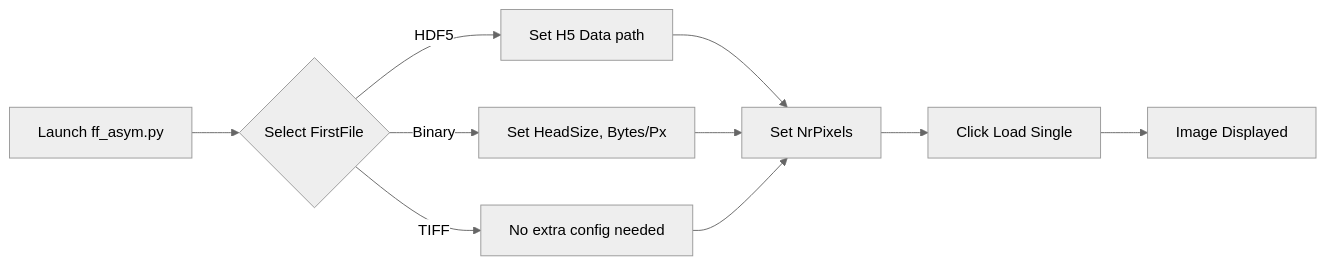
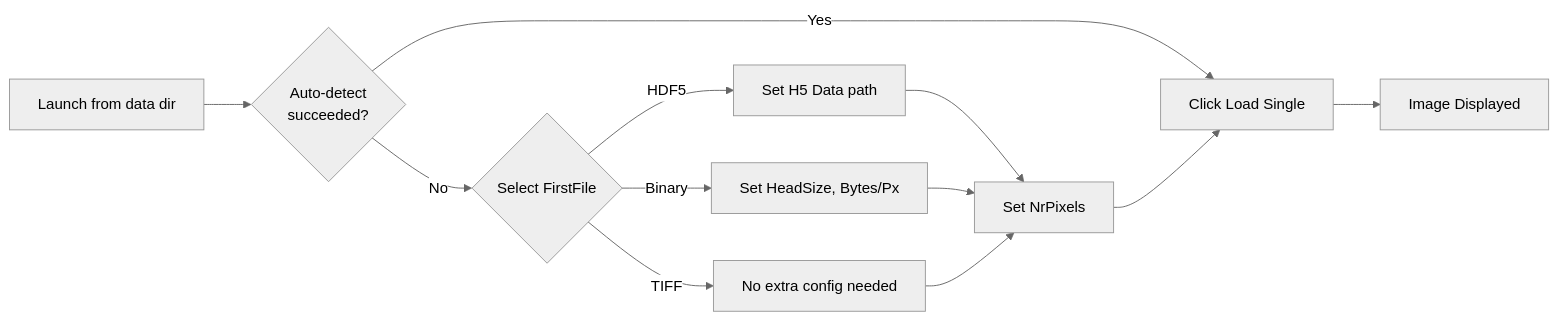
The second of 3 diagrams in manuals/FF_visualization.md (marinerhemant/MIDAS), drawn with Mermaid (neutral theme) before and after one commit. The commit also changed other lines of this file and 1 other file, not shown here.

````diff
--- a/manuals/FF_visualization.md
+++ b/manuals/FF_visualization.md
@@ -114,12 +160,14 @@
 ```mermaid
 flowchart LR
-    A["Launch ff_asym.py"] --> B{"Select FirstFile"}
+    A["Launch from data dir"] --> AUTO{"Auto-detect\nsucceeded?"}
+    AUTO --> |"Yes"| G["Click Load Single"]
+    AUTO --> |"No"| B{"Select FirstFile"}
     B --> |"HDF5"| C["Set H5 Data path"]
     B --> |"Binary"| D["Set HeadSize, Bytes/Px"]
     B --> |"TIFF"| E["No extra config needed"]
     C --> F["Set NrPixels"]
     D --> F
     E --> F
-    F --> G["Click Load Single"]
+    F --> G
     G --> H["Image Displayed"]
 ```
````
